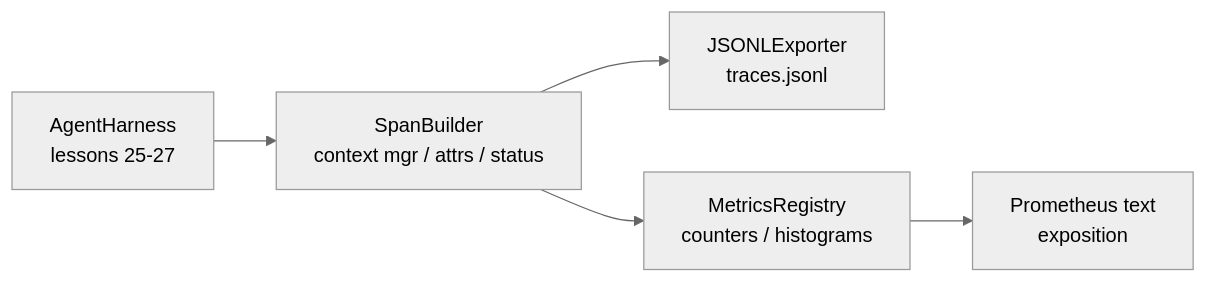
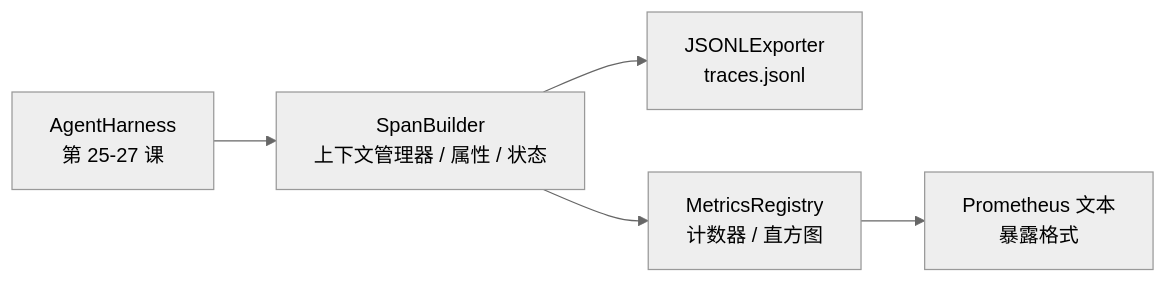
Before and after one commit to JerryC8080/ai-engineering-from-scratch-zh: the second of 2 diagrams in phases/19-capstone-projects/28-observability-otel-traces/docs/zh.md, drawn with Mermaid (neutral theme). The commit also changed other lines of this file and 156 other files, not shown here.

First line of the commit message:
i18n(zh): translate mermaid diagram labels in 157 lesson zh.md

````diff
--- a/phases/19-capstone-projects/28-observability-otel-traces/docs/zh.md
+++ b/phases/19-capstone-projects/28-observability-otel-traces/docs/zh.md
@@ -54,7 +54,7 @@
 ```mermaid
 flowchart LR
-  Harness[AgentHarness<br/>lessons 25-27] --> Span[SpanBuilder<br/>context mgr / attrs / status]
+  Harness[AgentHarness<br/>第 25-27 课] --> Span[SpanBuilder<br/>上下文管理器 / 属性 / 状态]
   Span --> Exporter[JSONLExporter<br/>traces.jsonl]
-  Span --> Metrics[MetricsRegistry<br/>counters / histograms]
-  Metrics --> Prom[Prometheus text<br/>exposition]
+  Span --> Metrics[MetricsRegistry<br/>计数器 / 直方图]
+  Metrics --> Prom[Prometheus 文本<br/>暴露格式]
 ```
````
